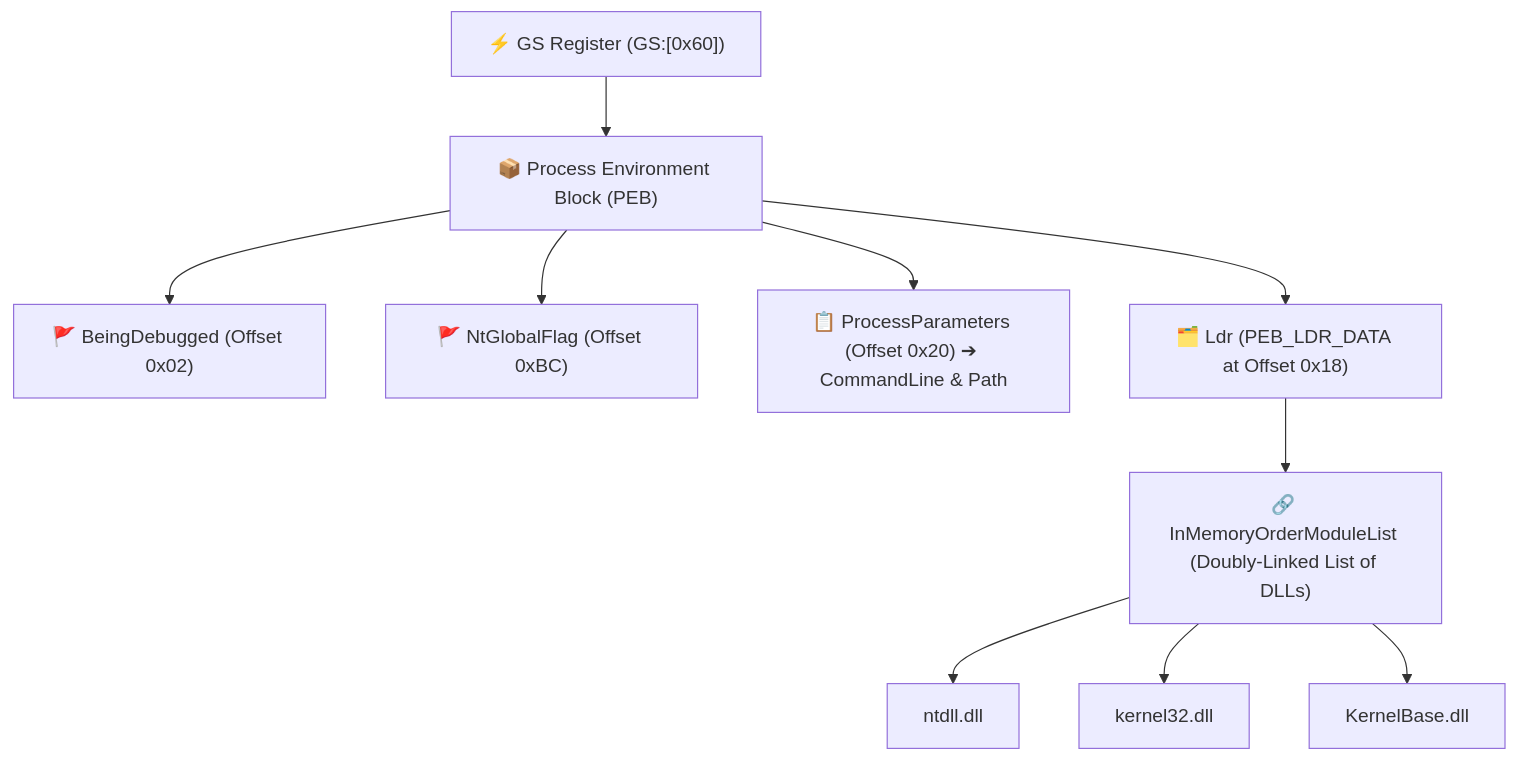
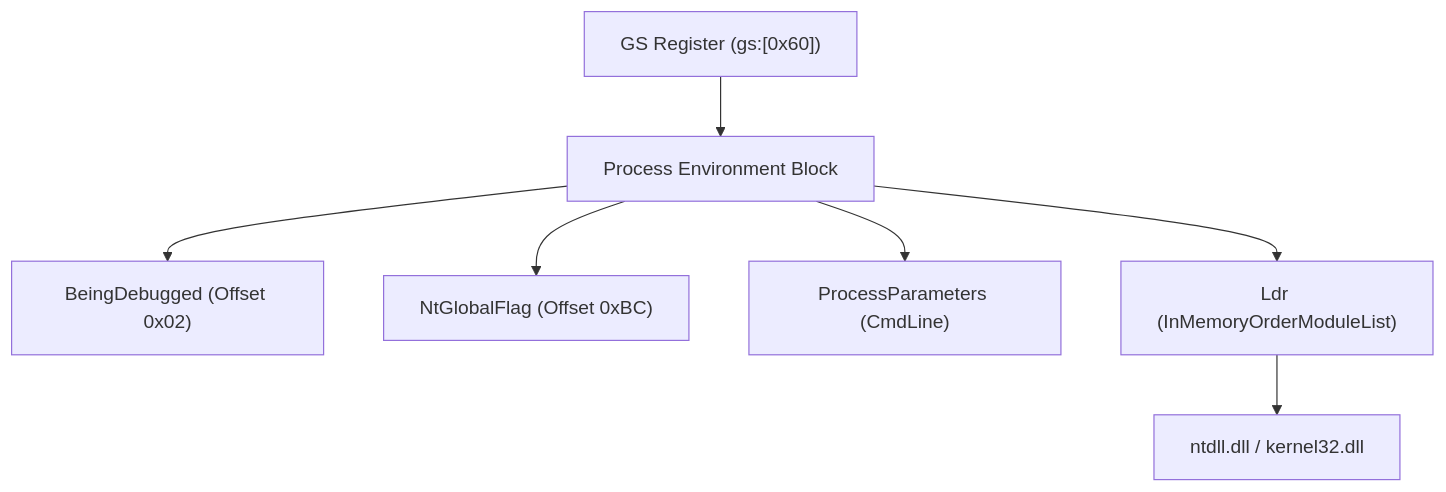
The second of 2 diagrams in topics/15-virtual-memory-page-tables-and-peb-teb/README.md (DaddyZyn/Cyber-security-notes), drawn with Mermaid before and after one commit. The commit also changed other lines of this file and 19 other files, not shown here.

Commit message:
fix: overhaul all Mermaid diagrams with clean vertical layouts and short line-wrapping to prevent GitHub clipping

````diff
--- a/topics/15-virtual-memory-page-tables-and-peb-teb/README.md
+++ b/topics/15-virtual-memory-page-tables-and-peb-teb/README.md
@@ -136,12 +135,9 @@
 ```mermaid
 flowchart TD
-    GS["⚡ GS Register (GS:[0x60])"] --> PEB["📦 Process Environment Block (PEB)"]
-    PEB --> DBG["🚩 BeingDebugged (Offset 0x02)"]
-    PEB --> NTG["🚩 NtGlobalFlag (Offset 0xBC)"]
-    PEB --> PARAMS["📋 ProcessParameters (Offset 0x20) ➔ CommandLine & Path"]
-    PEB --> LDR["🗂️ Ldr (PEB_LDR_DATA at Offset 0x18)"]
-    LDR --> MODS["🔗 InMemoryOrderModuleList (Doubly-Linked List of DLLs)"]
-    MODS --> NTDLL["ntdll.dll"]
-    MODS --> K32["kernel32.dll"]
-    MODS --> KBASE["KernelBase.dll"]
+    GS["GS Register (gs:[0x60])"] --> PEB["Process Environment Block"]
+    PEB --> D1["BeingDebugged (Offset 0x02)"]
+    PEB --> D2["NtGlobalFlag (Offset 0xBC)"]
+    PEB --> D3["ProcessParameters (CmdLine)"]
+    PEB --> LDR["Ldr (InMemoryOrderModuleList)"]
+    LDR --> DLLs["ntdll.dll / kernel32.dll"]
 ```
````
